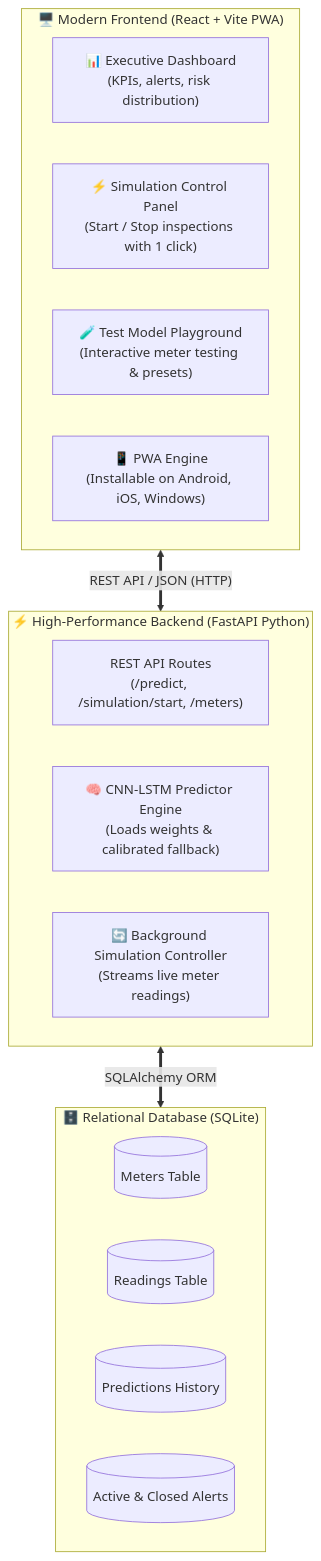
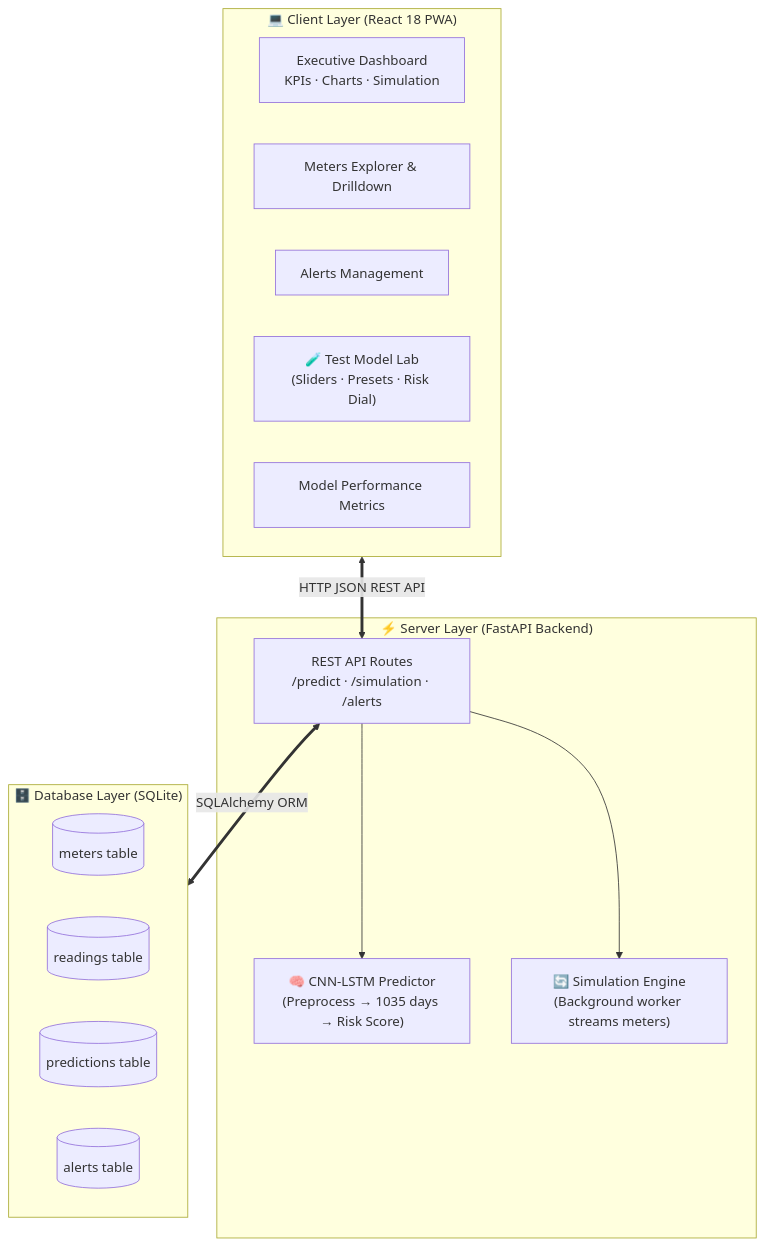
One commit to MTahaFarrukh/electricity-theft-detection-deep-learning changed the second of 3 diagrams in PROJECT_EXPLAINED.md. Above: the diagram before and after it, drawn with Mermaid. The commit also changed other lines of this file, not shown here.

````diff
--- a/PROJECT_EXPLAINED.md
+++ b/PROJECT_EXPLAINED.md
@@ -269,25 +314,28 @@
 ```mermaid
 flowchart TD
-    subgraph FRONTEND["🖥️ Modern Frontend (React + Vite PWA)"]
-        UI1["📊 Executive Dashboard\n(KPIs, alerts, risk distribution)"]
-        UI2["⚡ Simulation Control Panel\n(Start / Stop inspections with 1 click)"]
-        UI3["🧪 Test Model Playground\n(Interactive meter testing & presets)"]
-        UI4["📱 PWA Engine\n(Installable on Android, iOS, Windows)"]
+    subgraph CLIENT["💻 Client Layer (React 18 PWA)"]
+        DASH["Executive Dashboard\nKPIs · Charts · Simulation"]
+        METERS["Meters Explorer & Drilldown"]
+        ALERTS["Alerts Management"]
+        TEST["🧪 Test Model Lab\n(Sliders · Presets · Risk Dial)"]
+        PERF["Model Performance Metrics"]
     end
 
-    subgraph BACKEND["⚡ High-Performance Backend (FastAPI Python)"]
-        API1["REST API Routes\n(/predict, /simulation/start, /meters)"]
-        PRED["🧠 CNN-LSTM Predictor Engine\n(Loads weights & calibrated fallback)"]
-        SIM["🔄 Background Simulation Controller\n(Streams live meter readings)"]
+    subgraph SERVER["⚡ Server Layer (FastAPI Backend)"]
+        ROUTER["REST API Routes\n/predict · /simulation · /alerts"]
+        PREDICTOR["🧠 CNN-LSTM Predictor\n(Preprocess → 1035 days → Risk Score)"]
+        SIM_ENG["🔄 Simulation Engine\n(Background worker streams meters)"]
     end
 
-    subgraph STORAGE["🗄️ Relational Database (SQLite)"]
-        DB1[("Meters Table")]
-        DB2[("Readings Table")]
-        DB3[("Predictions History")]
-        DB4[("Active & Closed Alerts")]
+    subgraph STORAGE["🗄️ Database Layer (SQLite)"]
+        T1[("meters table")]
+        T2[("readings table")]
+        T3[("predictions table")]
+        T4[("alerts table")]
     end
 
-    FRONTEND <== "REST API / JSON (HTTP)" ==> BACKEND
-    BACKEND <== "SQLAlchemy ORM" ==> STORAGE
+    CLIENT <== "HTTP JSON REST API" ==> ROUTER
+    ROUTER --> PREDICTOR
+    ROUTER --> SIM_ENG
+    ROUTER <== "SQLAlchemy ORM" ==> STORAGE
 ```
````
